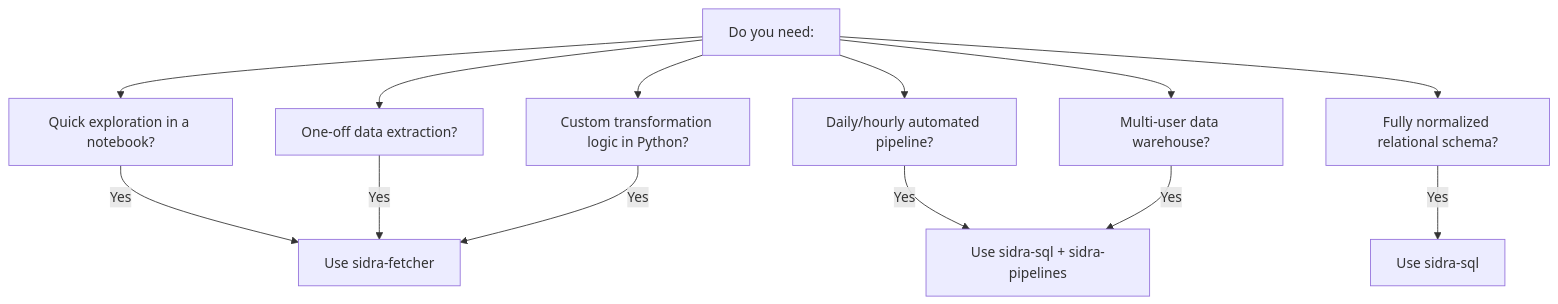
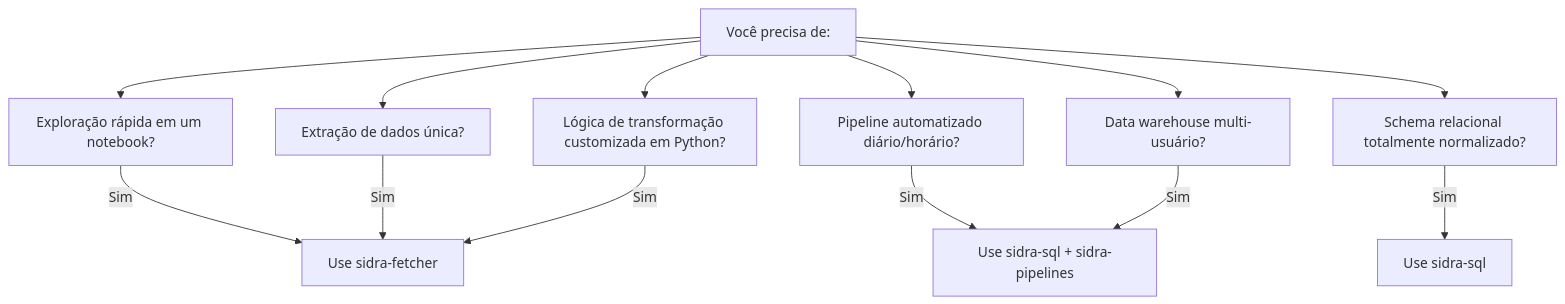
The third of 3 diagrams in docs/ibge/index.md (Quantilica/docs), drawn with Mermaid before and after one commit. The commit also changed other lines of this file and 31 other files, not shown here.

````diff
--- a/docs/ibge/index.md
+++ b/docs/ibge/index.md
@@ -145,15 +145,15 @@
 ```mermaid
 graph TD
-    Q[Do you need:] --> A[Quick exploration in a notebook?]
-    A -- Yes --> SF[Use sidra-fetcher]
-    Q --> B[One-off data extraction?]
-    B -- Yes --> SF
-    Q --> C[Daily/hourly automated pipeline?]
-    C -- Yes --> SS[Use sidra-sql + sidra-pipelines]
-    Q --> D[Multi-user data warehouse?]
-    D -- Yes --> SS
-    Q --> E[Fully normalized relational schema?]
-    E -- Yes --> SS2[Use sidra-sql]
-    Q --> F[Custom transformation logic in Python?]
-    F -- Yes --> SF
+    Q[Você precisa de:] --> A[Exploração rápida em um notebook?]
+    A -- Sim --> SF[Use sidra-fetcher]
+    Q --> B[Extração de dados única?]
+    B -- Sim --> SF
+    Q --> C[Pipeline automatizado diário/horário?]
+    C -- Sim --> SS[Use sidra-sql + sidra-pipelines]
+    Q --> D[Data warehouse multi-usuário?]
+    D -- Sim --> SS
+    Q --> E[Schema relacional totalmente normalizado?]
+    E -- Sim --> SS2[Use sidra-sql]
+    Q --> F[Lógica de transformação customizada em Python?]
+    F -- Sim --> SF
 ```
````
